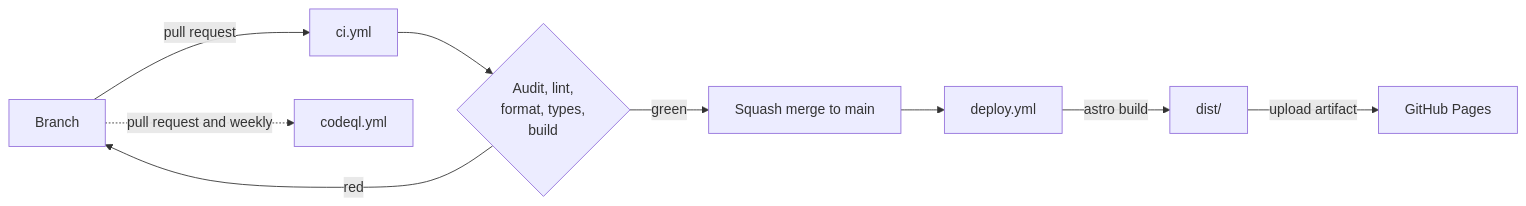
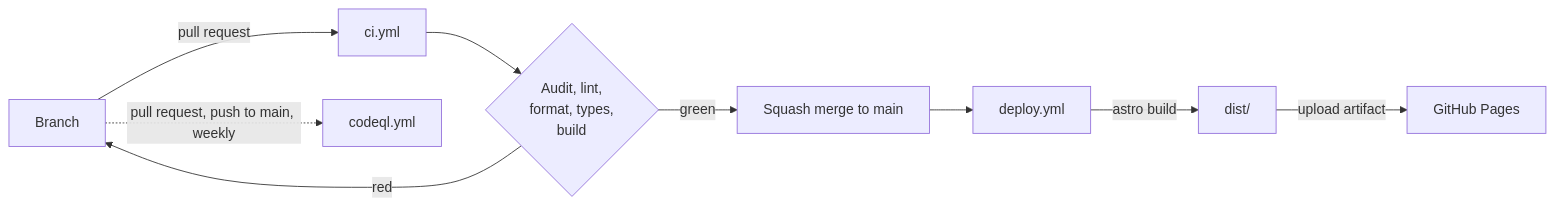
One commit to zxxdev/zxxdev.github.io changed the first of 2 diagrams in docs/architecture.md. Above: the diagram before and after it, drawn with Mermaid. The commit also changed other lines of this file and 2 other files, not shown here.

First line of the commit message:
fix: keep page paths in one place and correct the architecture diagrams

````diff
--- a/docs/architecture.md
+++ b/docs/architecture.md
@@ -9,11 +9,11 @@
 ```mermaid
 flowchart LR
     A[Branch] -->|pull request| B[ci.yml]
     B --> C{Audit, lint,<br/>format, types,<br/>build}
     C -->|red| A
     C -->|green| D[Squash merge to main]
     D --> E[deploy.yml]
     E -->|astro build| F[dist/]
     F -->|upload artifact| G[GitHub Pages]
-    A -.->|pull request and weekly| H[codeql.yml]
+    A -.->|pull request, push to main, weekly| H[codeql.yml]
 ```
````
